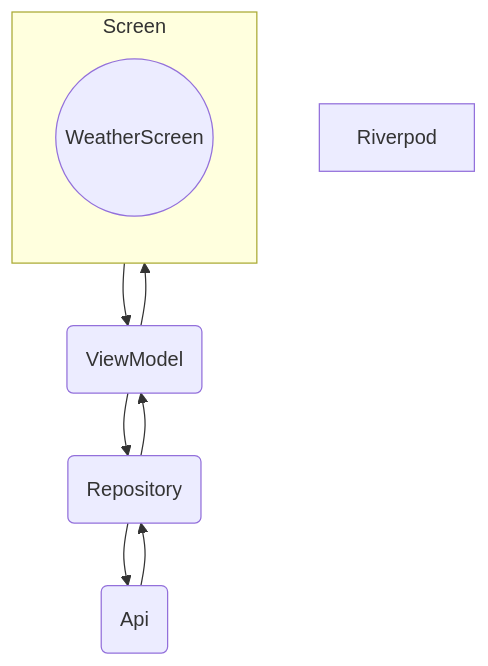
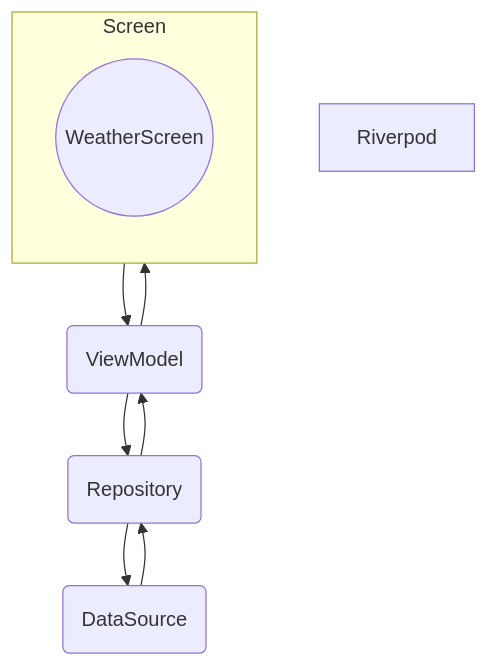
Before and after one commit to iseruuuuu/flutter_yumemi_training_app: the first of 2 diagrams in ARCHITECTURE.md, drawn with Mermaid. The commit also changed other lines of this file, not shown here.

Commit message:
fix: ARCHITECTURE.mdの記載を修正してみました

````diff
--- a/ARCHITECTURE.md
+++ b/ARCHITECTURE.md
@@ -6,21 +5,21 @@
 ```mermaid
 flowchart TB
 Riverpod
 
 subgraph Screen
 direction TB
 WeatherScreen((WeatherScreen))
 
 end
 
 Screen(Screen)
 ViewModel(ViewModel)
 Repository(Repository)
-Api(Api)
+DataSource(DataSource)
 Screen --> ViewModel
 ViewModel --> Screen
 Repository --> ViewModel
 ViewModel --> Repository
-Repository --> Api
-Api --> Repository
+Repository --> DataSource
+DataSource --> Repository
 ```
````
